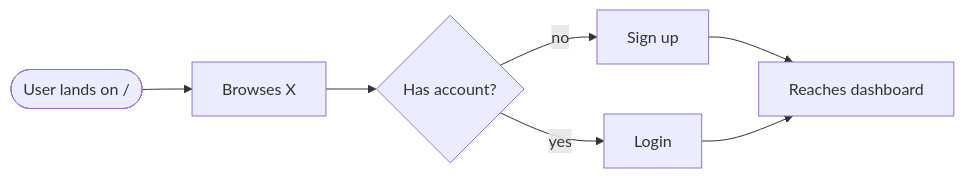
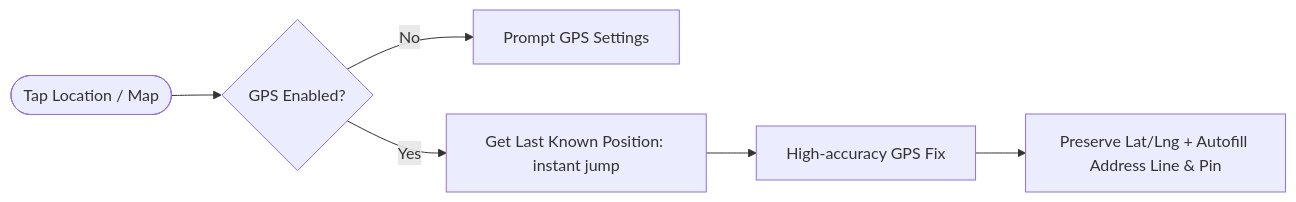
The sixth of 8 diagrams in context/flow.md (aadityathakur452007/water), drawn with Mermaid before and after one commit. The commit also changed other lines of this file and 19 other files, not shown here.

````diff
--- a/context/flow.md
+++ b/context/flow.md
@@ -120,9 +147,8 @@
 ```mermaid
 flowchart LR
-    A([User lands on /]) --> B[Browses X]
-    B --> C{Has account?}
-    C -- no --> D[Sign up]
-    C -- yes --> E[Login]
-    D --> F[Reaches dashboard]
-    E --> F
+    A([Tap Location / Map]) --> B{GPS Enabled?}
+    B -- No --> C[Prompt GPS Settings]
+    B -- Yes --> D[Get Last Known Position: instant jump]
+    D --> E[High-accuracy GPS Fix]
+    E --> F[Preserve Lat/Lng + Autofill Address Line & Pin]
 ```
````
